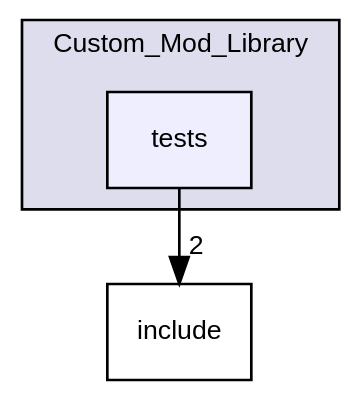
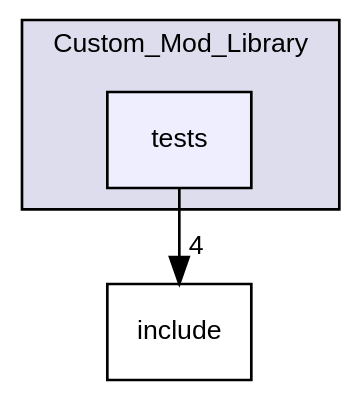
The diagram in dir_812f6d6e07ea60e21fdef9b4c803a47a_dep.dot (efybr1/2021_Group_3), drawn with Graphviz before and after one commit. The commit also changed 71 other files, not shown here.

```diff
--- a/dir_812f6d6e07ea60e21fdef9b4c803a47a_dep.dot
+++ b/dir_812f6d6e07ea60e21fdef9b4c803a47a_dep.dot
@@ -1,12 +1,12 @@
 digraph "/home/runner/work/2021_Group_3/2021_Group_3/Custom_Mod_Library/tests" {
   bgcolor=transparent;
   compound=true
   node [ fontsize="10", fontname="Helvetica"];
   edge [ labelfontsize="10", labelfontname="Helvetica"];
   subgraph clusterdir_3d791e5d7456dbf61f6d7b678dfd72f4 {
     graph [ bgcolor="#ddddee", pencolor="black", label="Custom_Mod_Library" fontname="Helvetica", fontsize="10", URL="dir_3d791e5d7456dbf61f6d7b678dfd72f4.html"]
   dir_812f6d6e07ea60e21fdef9b4c803a47a [shape=box, label="tests", style="filled", fillcolor="#eeeeff", pencolor="black", URL="dir_812f6d6e07ea60e21fdef9b4c803a47a.html"];
   }
   dir_f5c7eabd21a874ae9d109060d168a55c [shape=box label="include" URL="dir_f5c7eabd21a874ae9d109060d168a55c.html"];
-  dir_812f6d6e07ea60e21fdef9b4c803a47a->dir_f5c7eabd21a874ae9d109060d168a55c [headlabel="2", labeldistance=1.5 headhref="dir_000003_000001.html"];
+  dir_812f6d6e07ea60e21fdef9b4c803a47a->dir_f5c7eabd21a874ae9d109060d168a55c [headlabel="4", labeldistance=1.5 headhref="dir_000003_000001.html"];
 }
```
